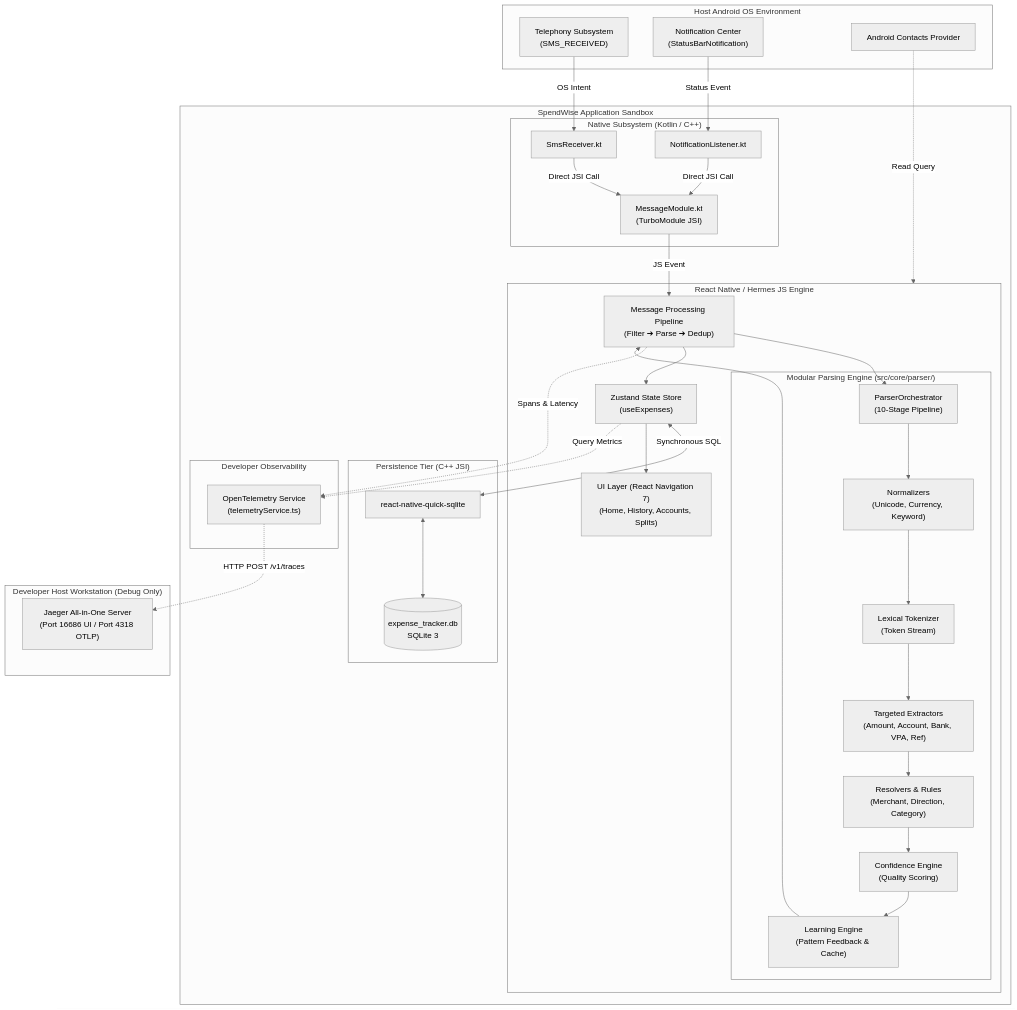
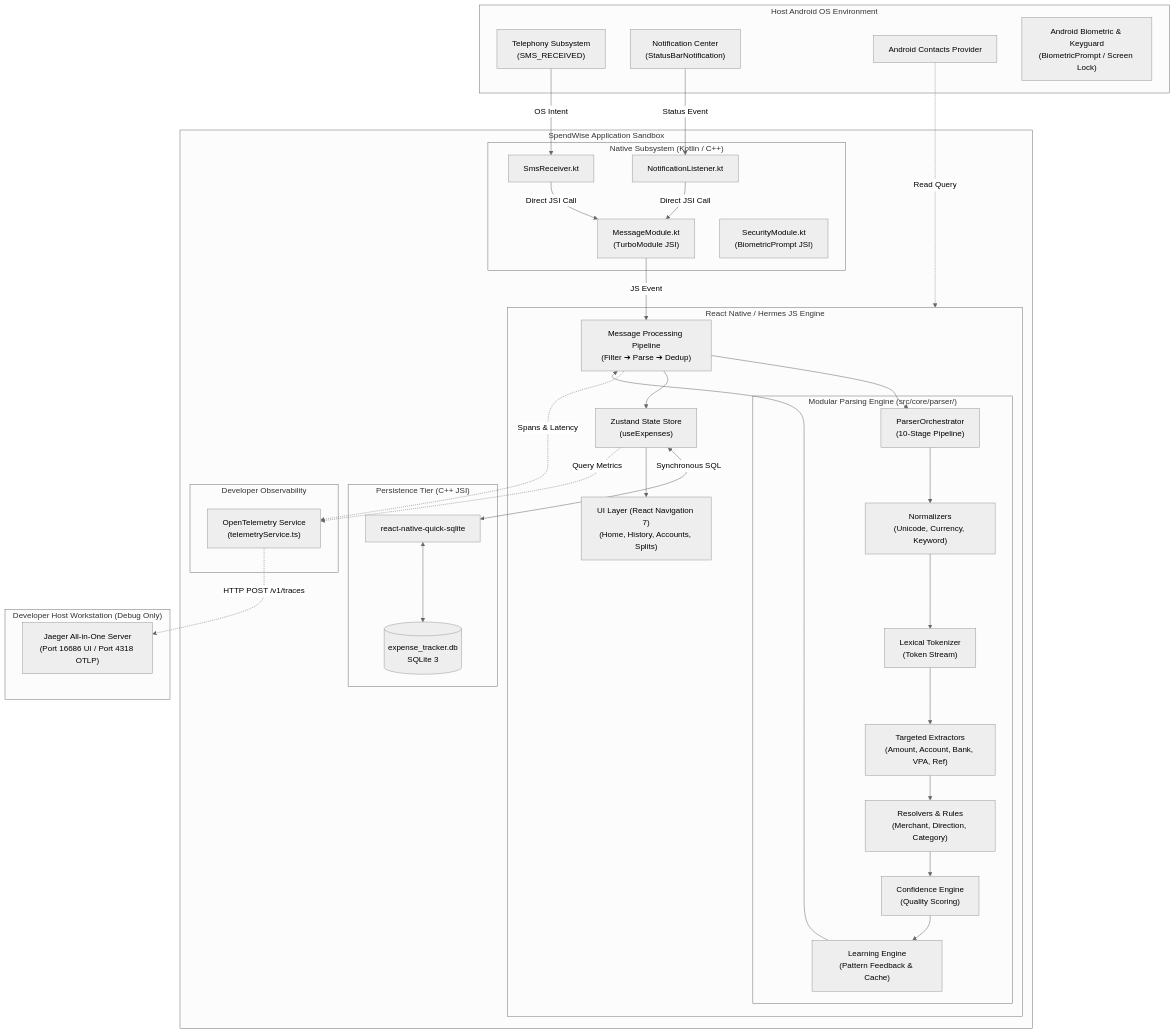
The first of 4 diagrams in docs/ARCHITECTURE.md (GangSagar/expenses-tracker-app), drawn with Mermaid (neutral theme) before and after one commit. The commit also changed other lines of this file and 24 other files, not shown here.

Commit message:
feat: add app lock, PIN protection, biometric authentication, and secure screen flags

````diff
--- a/docs/ARCHITECTURE.md
+++ b/docs/ARCHITECTURE.md
@@ -20,70 +20,72 @@
 ```mermaid
 graph TB
     subgraph External["Host Android OS Environment"]
         SMS["Telephony Subsystem\n(SMS_RECEIVED)"]
         NOTIF["Notification Center\n(StatusBarNotification)"]
         CONTACTS["Android Contacts Provider"]
+        BIOMETRIC["Android Biometric & Keyguard\n(BiometricPrompt / Screen Lock)"]
     end
 
     subgraph AppContainer["SpendWise Application Sandbox"]
         subgraph NativeLayer["Native Subsystem (Kotlin / C++)"]
             SmsReceiver["SmsReceiver.kt"]
             NotifListener["NotificationListener.kt"]
             MessageBridge["MessageModule.kt\n(TurboModule JSI)"]
+            SecurityBridge["SecurityModule.kt\n(BiometricPrompt JSI)"]
         end
 
         subgraph CoreEngine["React Native / Hermes JS Engine"]
             subgraph ParsingEngine["Modular Parsing Engine (src/core/parser/)"]
                 Orchestrator["ParserOrchestrator\n(10-Stage Pipeline)"]
                 Norm["Normalizers\n(Unicode, Currency, Keyword)"]
                 Token["Lexical Tokenizer\n(Token Stream)"]
                 Extract["Targeted Extractors\n(Amount, Account, Bank, VPA, Ref)"]
                 Resolve["Resolvers & Rules\n(Merchant, Direction, Category)"]
                 Conf["Confidence Engine\n(Quality Scoring)"]
                 Learn["Learning Engine\n(Pattern Feedback & Cache)"]
             end
             Pipeline["Message Processing Pipeline\n(Filter ➔ Parse ➔ Dedup)"]
             Store["Zustand State Store\n(useExpenses)"]
             UI["UI Layer (React Navigation 7)\n(Home, History, Accounts, Splits)"]
         end
 
         subgraph StorageSubsystem["Persistence Tier (C++ JSI)"]
             QuickSQLite["react-native-quick-sqlite"]
             DB[(expense_tracker.db\nSQLite 3)]
         end
 
         subgraph ObservabilitySubsystem["Developer Observability"]
             OTel["OpenTelemetry Service\n(telemetryService.ts)"]
         end
     end
 
     subgraph DevMachine["Developer Host Workstation (Debug Only)"]
         Jaeger["Jaeger All-in-One Server\n(Port 16686 UI / Port 4318 OTLP)"]
     end
 
     SMS -->|OS Intent| SmsReceiver
     NOTIF -->|Status Event| NotifListener
     CONTACTS -.->|Read Query| CoreEngine
 
     SmsReceiver -->|Direct JSI Call| MessageBridge
     NotifListener -->|Direct JSI Call| MessageBridge
     MessageBridge -->|JS Event| Pipeline
 
     Pipeline --> Orchestrator
     Orchestrator --> Norm
     Norm --> Token
     Token --> Extract
     Extract --> Resolve
     Resolve --> Conf
     Conf --> Learn
     Learn --> Pipeline
 
     Pipeline --> Store
     Store <-->|Synchronous SQL| QuickSQLite
     QuickSQLite <--> DB
     Store --> UI
 
     Pipeline -.->|Spans & Latency| OTel
     Store -.->|Query Metrics| OTel
     OTel -.->|HTTP POST /v1/traces| Jaeger
 ```
````
